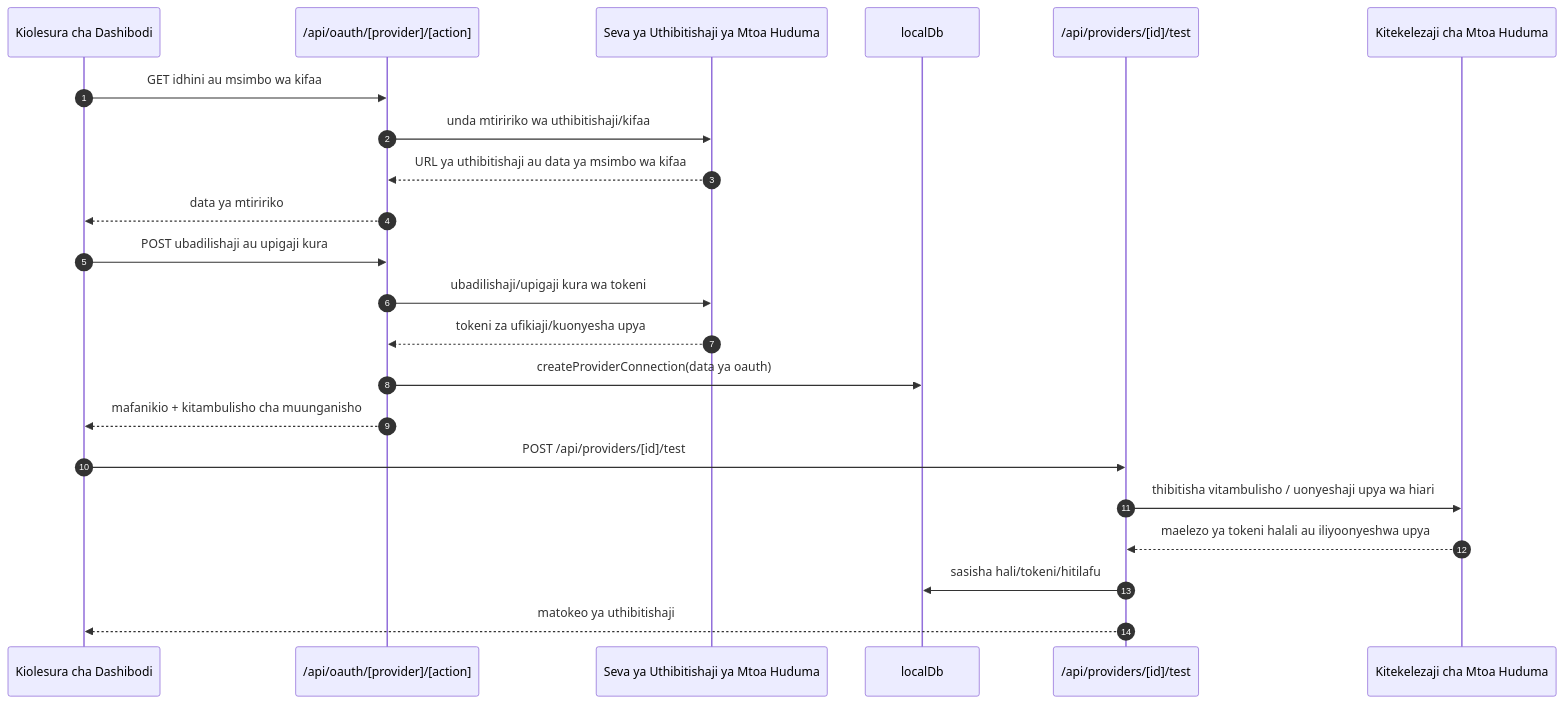
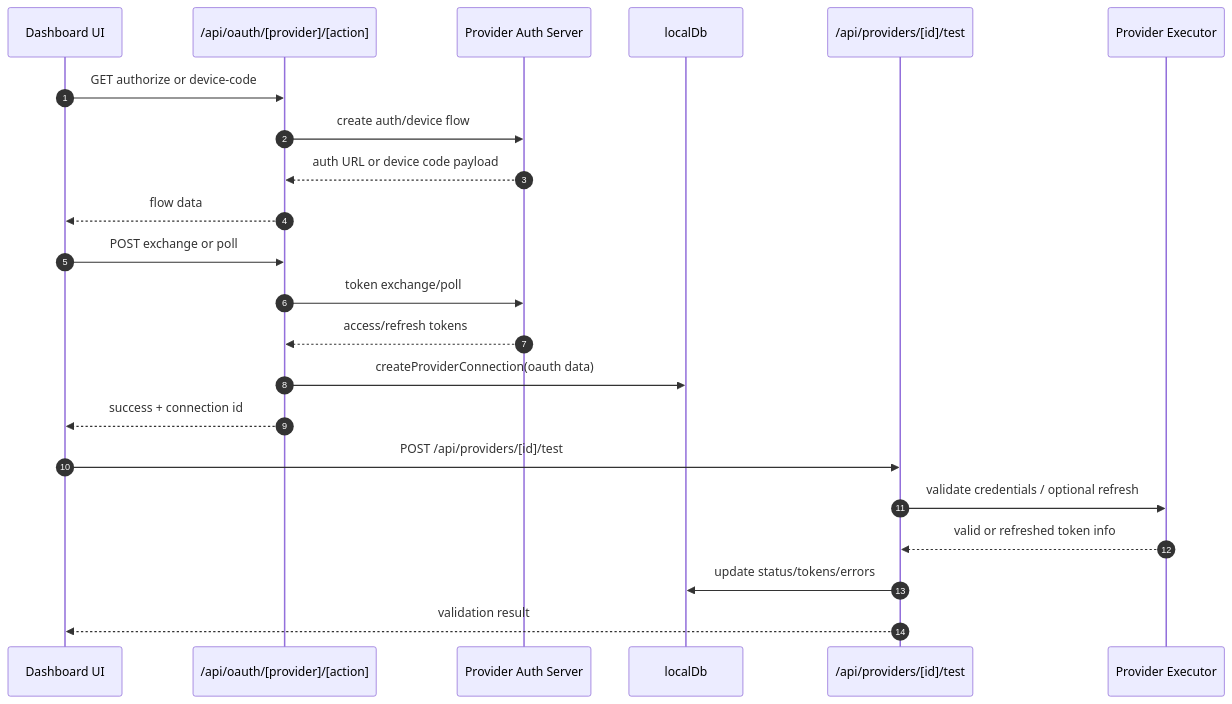
The fourth of 7 diagrams in docs/i18n/sw/docs/architecture/ARCHITECTURE.md (niyatna/NiyatnaRoute), drawn with Mermaid before and after one commit. The commit also changed other lines of this file and 2447 other files, not shown here.

````diff
--- a/docs/i18n/sw/docs/architecture/ARCHITECTURE.md
+++ b/docs/i18n/sw/docs/architecture/ARCHITECTURE.md
@@ -635,27 +409,27 @@
 ```mermaid
 sequenceDiagram
     autonumber
-    participant UI as Kiolesura cha Dashibodi
+    participant UI as Dashboard UI
     participant OAuth as /api/oauth/[provider]/[action]
-    participant ProvAuth as Seva ya Uthibitishaji ya Mtoa Huduma
+    participant ProvAuth as Provider Auth Server
     participant DB as localDb
     participant Test as /api/providers/[id]/test
-    participant Exec as Kitekelezaji cha Mtoa Huduma
+    participant Exec as Provider Executor
 
-    UI->>OAuth: GET idhini au msimbo wa kifaa
-    OAuth->>ProvAuth: unda mtiririko wa uthibitishaji/kifaa
-    ProvAuth-->>OAuth: URL ya uthibitishaji au data ya msimbo wa kifaa
-    OAuth-->>UI: data ya mtiririko
+    UI->>OAuth: GET authorize or device-code
+    OAuth->>ProvAuth: create auth/device flow
+    ProvAuth-->>OAuth: auth URL or device code payload
+    OAuth-->>UI: flow data
 
-    UI->>OAuth: POST ubadilishaji au upigaji kura
-    OAuth->>ProvAuth: ubadilishaji/upigaji kura wa tokeni
-    ProvAuth-->>OAuth: tokeni za ufikiaji/kuonyesha upya
-    OAuth->>DB: createProviderConnection(data ya oauth)
-    OAuth-->>UI: mafanikio + kitambulisho cha muunganisho
+    UI->>OAuth: POST exchange or poll
+    OAuth->>ProvAuth: token exchange/poll
+    ProvAuth-->>OAuth: access/refresh tokens
+    OAuth->>DB: createProviderConnection(oauth data)
+    OAuth-->>UI: success + connection id
 
     UI->>Test: POST /api/providers/[id]/test
-    Test->>Exec: thibitisha vitambulisho / uonyeshaji upya wa hiari
-    Exec-->>Test: maelezo ya tokeni halali au iliyoonyeshwa upya
-    Test->>DB: sasisha hali/tokeni/hitilafu
-    Test-->>UI: matokeo ya uthibitishaji
+    Test->>Exec: validate credentials / optional refresh
+    Exec-->>Test: valid or refreshed token info
+    Test->>DB: update status/tokens/errors
+    Test-->>UI: validation result
 ```
````
